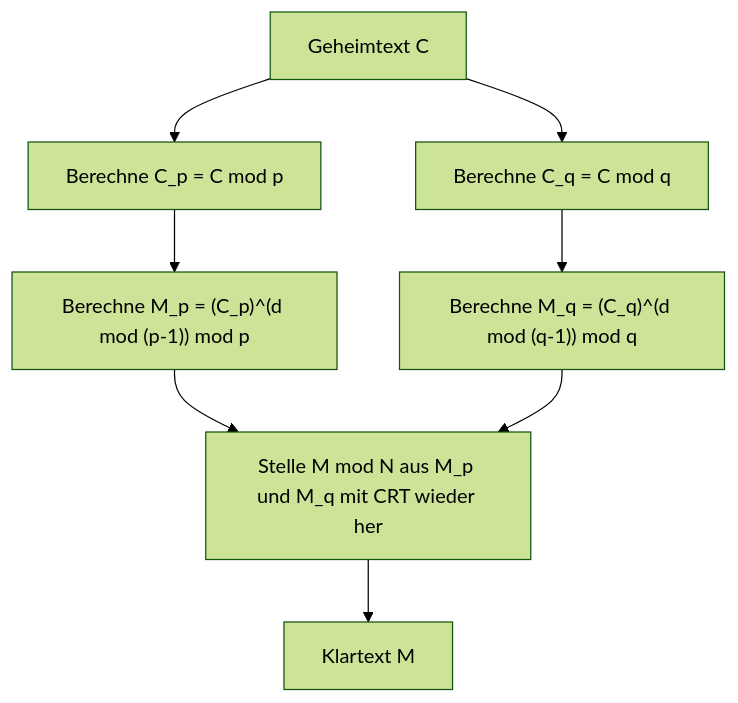
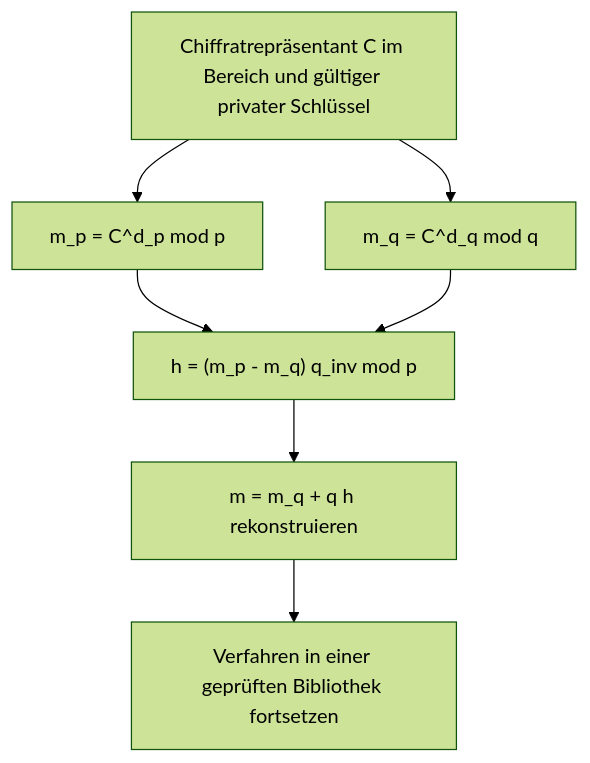
Before and after one commit to kenjinote/blog: the diagram in content/post/chinese-remainder-theorem/index.de.md, drawn with Mermaid (forest theme). The commit also changed other lines of this file and 5 other files, not shown here.

````diff
--- a/content/post/chinese-remainder-theorem/index.de.md
+++ b/content/post/chinese-remainder-theorem/index.de.md
@@ -127,10 +133,9 @@
 ```mermaid
-graph TD
-    A["Geheimtext C"] --> B["Berechne C_p = C mod p"]
-    A --> C["Berechne C_q = C mod q"]
-    B --> D["Berechne M_p = (C_p)^(d mod (p-1)) mod p"]
-    C --> E["Berechne M_q = (C_q)^(d mod (q-1)) mod q"]
-    D --> F["Stelle M mod N aus M_p und M_q mit CRT wieder her"]
-    E --> F
-    F --> G["Klartext M"]
+flowchart TD
+    A["Chiffratrepräsentant C im Bereich und gültiger privater Schlüssel"] --> B["m_p = C^d_p mod p"]
+    A --> C["m_q = C^d_q mod q"]
+    B --> D["h = (m_p - m_q) q_inv mod p"]
+    C --> D
+    D --> E["m = m_q + q h rekonstruieren"]
+    E --> F["Verfahren in einer geprüften Bibliothek fortsetzen"]
 ```
````
